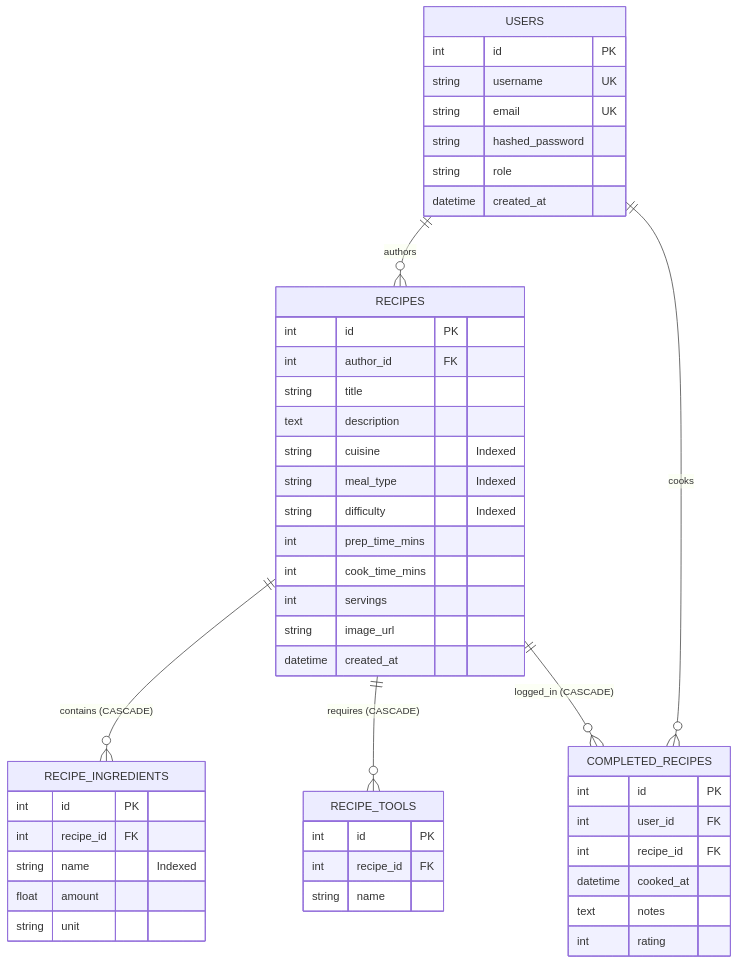
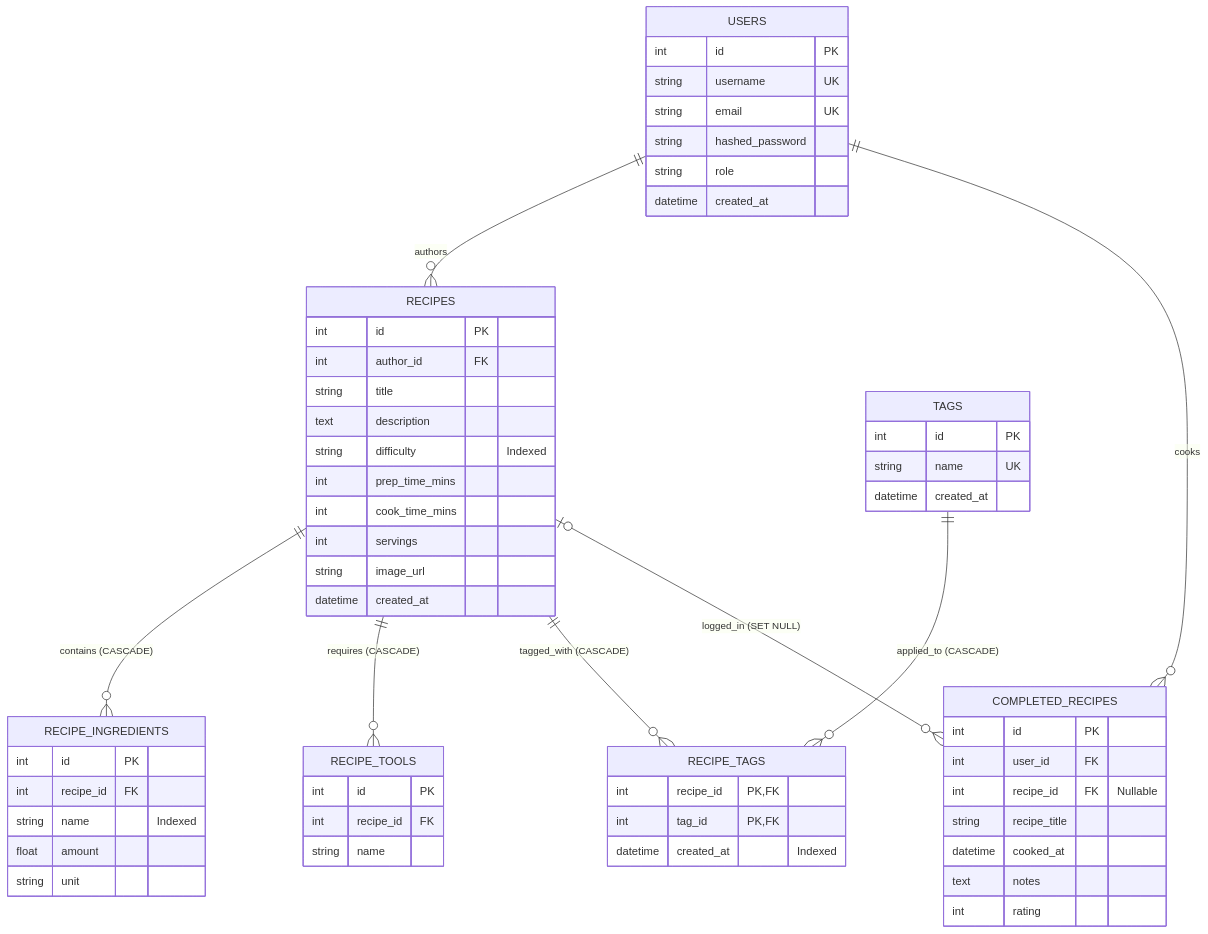
One commit to MMax1212/simmer-app changed the diagram in docs/sprint2/spec.md. Above: the diagram before and after it, drawn with Mermaid. The commit also changed other lines of this file, not shown here.

Commit message:
docs: Sprint 2 spec rev 1.1 - tags replace fixed categories, cooking history survives recipe deletion

````diff
--- a/docs/sprint2/spec.md
+++ b/docs/sprint2/spec.md
@@ -78,55 +87,68 @@
 ```mermaid
 erDiagram
     USERS ||--o{ RECIPES : "authors"
     USERS ||--o{ COMPLETED_RECIPES : "cooks"
     RECIPES ||--o{ RECIPE_INGREDIENTS : "contains (CASCADE)"
     RECIPES ||--o{ RECIPE_TOOLS : "requires (CASCADE)"
-    RECIPES ||--o{ COMPLETED_RECIPES : "logged_in (CASCADE)"
+    RECIPES ||--o{ RECIPE_TAGS : "tagged_with (CASCADE)"
+    TAGS ||--o{ RECIPE_TAGS : "applied_to (CASCADE)"
+    RECIPES |o--o{ COMPLETED_RECIPES : "logged_in (SET NULL)"
 
     USERS {
         int id PK
         string username UK
         string email UK
         string hashed_password
         string role
         datetime created_at
     }
 
     RECIPES {
         int id PK
         int author_id FK
         string title
         text description
-        string cuisine "Indexed"
-        string meal_type "Indexed"
         string difficulty "Indexed"
         int prep_time_mins
         int cook_time_mins
         int servings
         string image_url
         datetime created_at
+    }
+
+    TAGS {
+        int id PK
+        string name UK
+        datetime created_at
+    }
+
+    RECIPE_TAGS {
+        int recipe_id PK, FK
+        int tag_id PK, FK
+        datetime created_at "Indexed"
     }
 
     RECIPE_INGREDIENTS {
         int id PK
         int recipe_id FK
         string name "Indexed"
         float amount
         string unit
     }
 
     RECIPE_TOOLS {
         int id PK
         int recipe_id FK
         string name
     }
 
     COMPLETED_RECIPES {
         int id PK
         int user_id FK
-        int recipe_id FK
+        int recipe_id FK "Nullable"
+        string recipe_title
         datetime cooked_at
         text notes
         int rating
     }
 ```
````
